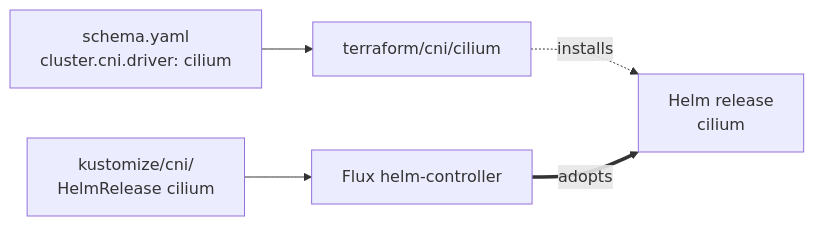
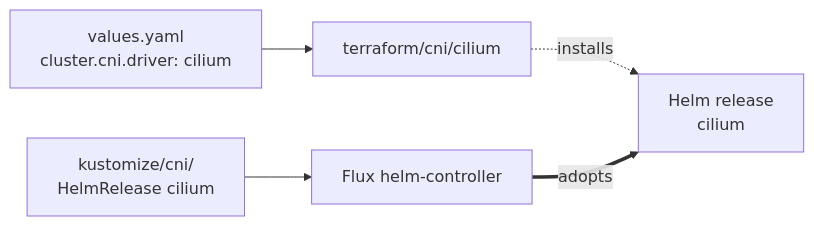
The diagram in terraform/cni/README.md (windsorcli/core), drawn with Mermaid before and after one commit. The commit also changed 7 other files, not shown here.

Commit message:
chore(docs): update README files to replace 'schema' with 'values' in flowcharts

````diff
--- a/terraform/cni/README.md
+++ b/terraform/cni/README.md
@@ -22,15 +22,15 @@
 ```mermaid
 flowchart LR
-  schema[schema.yaml<br/>cluster.cni.driver: cilium]
+  values[values.yaml<br/>cluster.cni.driver: cilium]
 
   tfCni[terraform/cni/cilium]
   helm[Helm release<br/>cilium]
 
   flux[Flux helm-controller]
   kCni[kustomize/cni/<br/>HelmRelease cilium]
 
-  schema --> tfCni
+  values --> tfCni
   tfCni -.installs.-> helm
   flux ==adopts==> helm
   kCni --> flux
 ```
````
